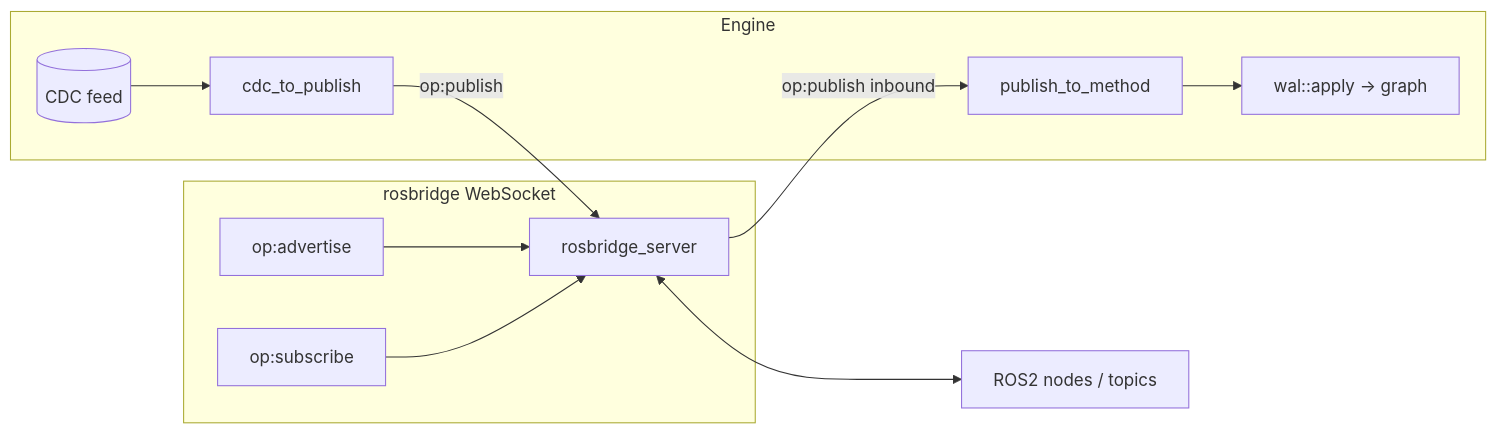
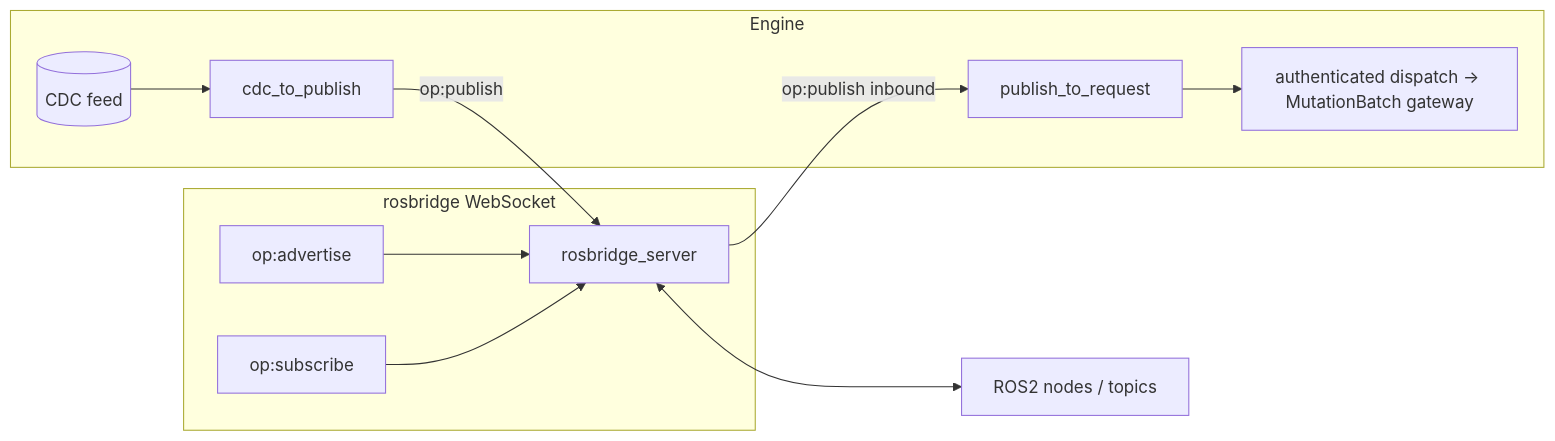
One commit to Knuckles-Team/epistemic-graph changed the third of 4 diagrams in docs/architecture/distribution_robotics_gpu.md. Above: the diagram before and after it, drawn with Mermaid. The commit also changed other lines of this file and 857 other files, not shown here.

First line of the commit message:
feat(eg): assimilate advanced epistemic-graph 2.23.1

````diff
--- a/docs/architecture/distribution_robotics_gpu.md
+++ b/docs/architecture/distribution_robotics_gpu.md
@@ -106,14 +106,14 @@
 ```mermaid
 flowchart LR
   subgraph Engine
     CDC[(CDC feed)] --> C2P[cdc_to_publish]
-    P2M[publish_to_method] --> APPLY[wal::apply → graph]
+    P2M[publish_to_request] --> APPLY[authenticated dispatch → MutationBatch gateway]
   end
   subgraph WS [rosbridge WebSocket]
     C2P -->|op:publish| RB[rosbridge_server]
     RB -->|op:publish inbound| P2M
     ADV[op:advertise] --> RB
     SUB[op:subscribe] --> RB
   end
   RB <--> ROS[ROS2 nodes / topics]
 ```
````
